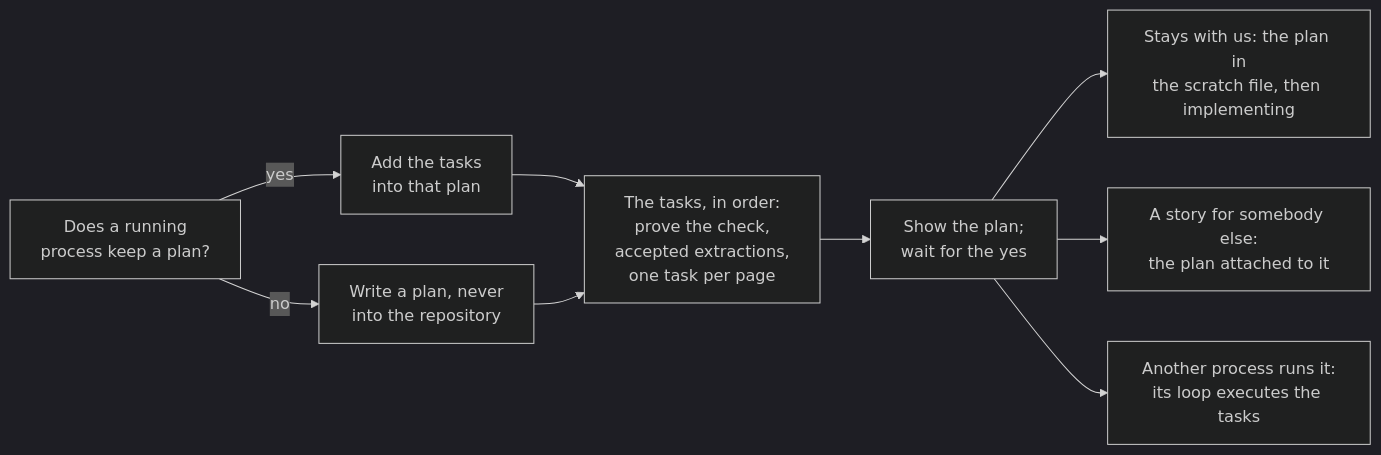
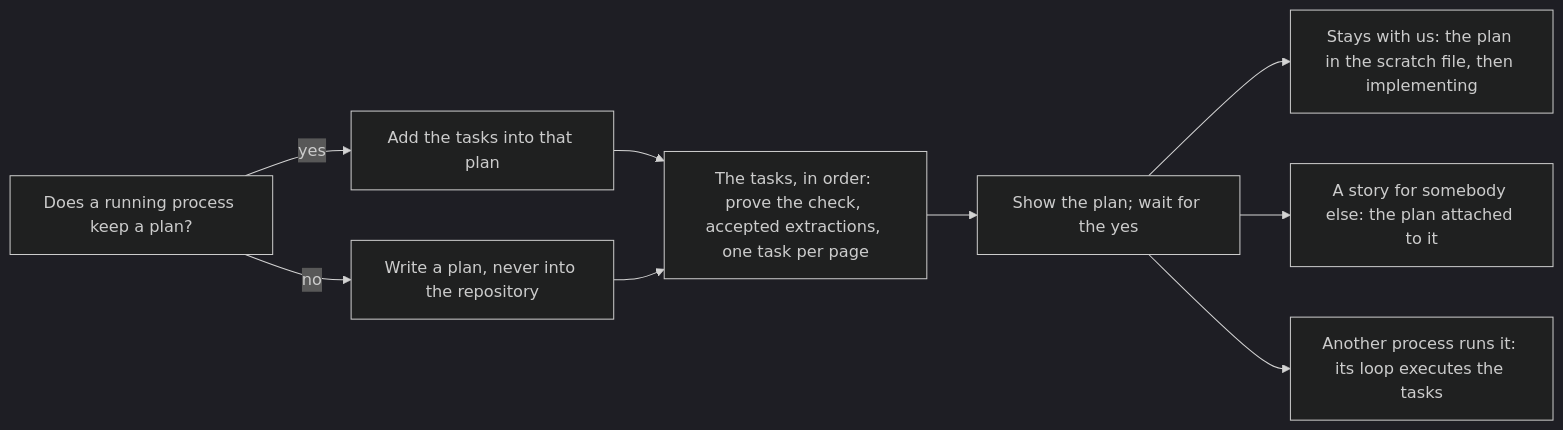
Before and after one commit to kamenkurtev/ui-consistency: the fifth of 7 diagrams in docs/how-it-works.md, drawn with Mermaid (dark theme). The commit also changed other lines of this file, not shown here.

Commit message:
Let the diagrams' labels wrap on their own (#466)

````diff
--- a/docs/how-it-works.md
+++ b/docs/how-it-works.md
@@ -118,13 +118,13 @@
 ```mermaid
 flowchart LR
-  J["Does a running<br>process keep a plan?"]
-  J -->|"yes"| A["Add the tasks<br>into that plan"]
-  J -->|"no"| W["Write a plan, never<br>into the repository"]
+  J["Does a running process keep a plan?"]
+  J -->|"yes"| A["Add the tasks into that plan"]
+  J -->|"no"| W["Write a plan, never into the repository"]
   A --> T
   W --> T
-  T["The tasks, in order:<br>prove the check,<br>accepted extractions,<br>one task per page"]
-  T --> Y["Show the plan;<br>wait for the yes"]
-  Y --> E1["Stays with us: the plan in<br>the scratch file, then implementing"]
-  Y --> E2["A story for somebody else:<br>the plan attached to it"]
-  Y --> E3["Another process runs it:<br>its loop executes the tasks"]
+  T["The tasks, in order: prove the check, accepted extractions, one task per page"]
+  T --> Y["Show the plan; wait for the yes"]
+  Y --> E1["Stays with us: the plan in the scratch file, then implementing"]
+  Y --> E2["A story for somebody else: the plan attached to it"]
+  Y --> E3["Another process runs it: its loop executes the tasks"]
 ```
````
